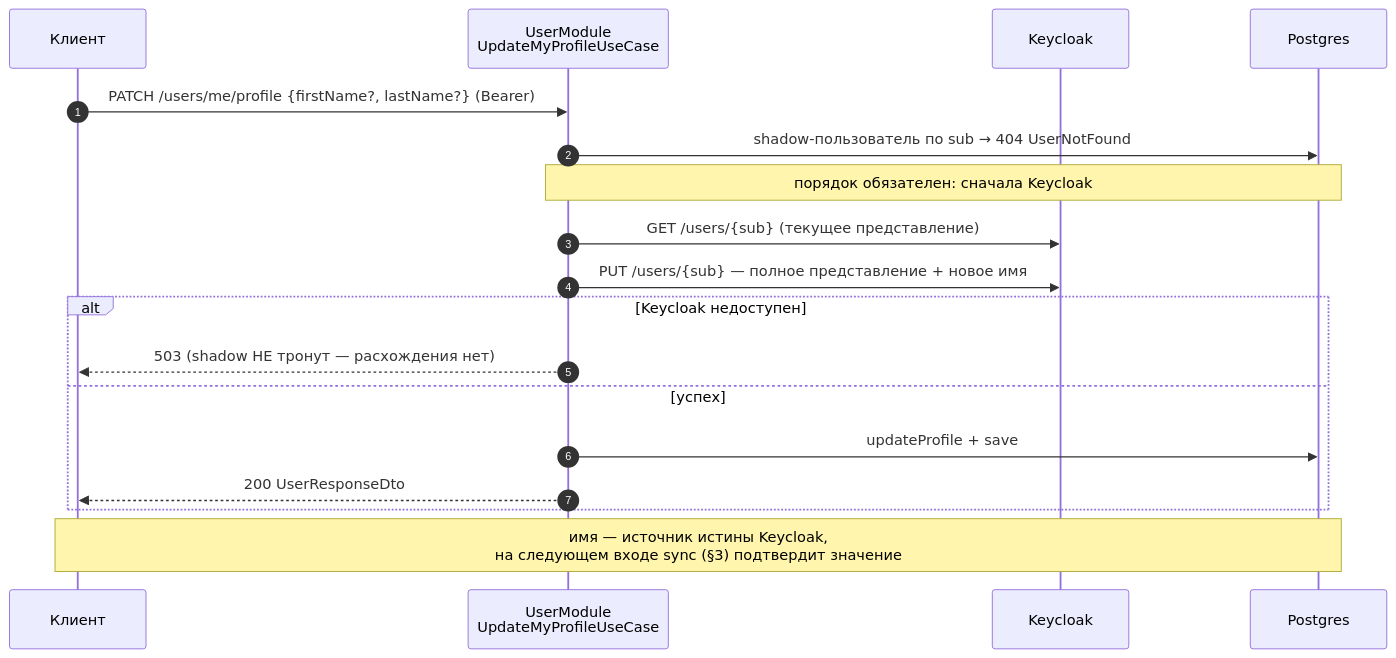
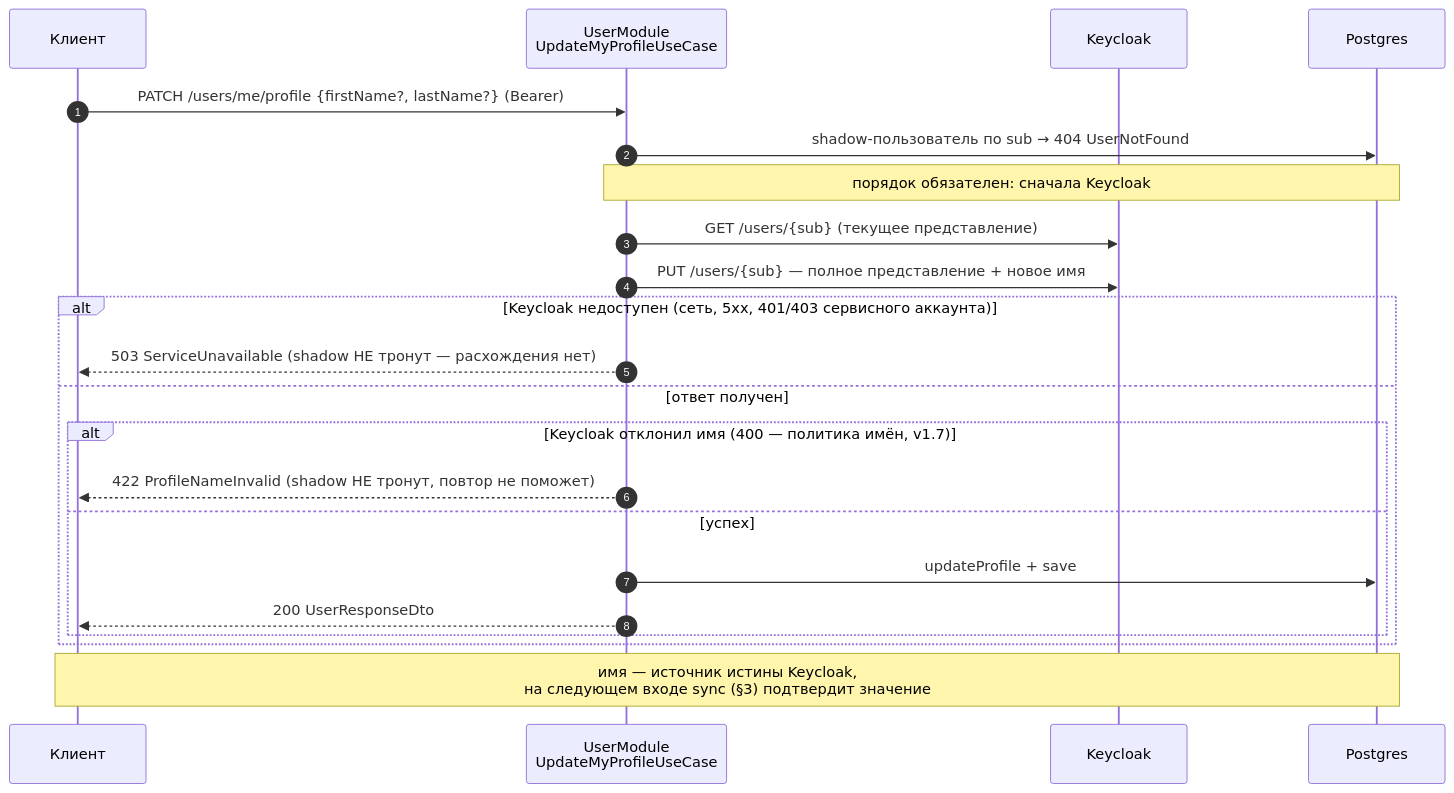
One commit to ivatutin/njs-server changed diagram 11 of 12 in docs/AUTH-FLOWS.md. Above: the diagram before and after it, drawn with Mermaid. The commit also changed other lines of this file, not shown here.

First line of the commit message:
docs(auth-flows): sync profile flow with contract v1.7 (422 ProfileNameInvalid)

````diff
--- a/docs/AUTH-FLOWS.md
+++ b/docs/AUTH-FLOWS.md
@@ -398,21 +398,25 @@
 ```mermaid
 sequenceDiagram
     autonumber
     participant FE as Клиент
     participant API as UserModule<br/>UpdateMyProfileUseCase
     participant KC as Keycloak
     participant PG as Postgres
 
     FE->>API: PATCH /users/me/profile {firstName?, lastName?} (Bearer)
     API->>PG: shadow-пользователь по sub → 404 UserNotFound
     Note over API,PG: порядок обязателен: сначала Keycloak
     API->>KC: GET /users/{sub} (текущее представление)
     API->>KC: PUT /users/{sub} — полное представление + новое имя
-    alt Keycloak недоступен
-        API-->>FE: 503 (shadow НЕ тронут — расхождения нет)
-    else успех
-        API->>PG: updateProfile + save
-        API-->>FE: 200 UserResponseDto
+    alt Keycloak недоступен (сеть, 5xx, 401/403 сервисного аккаунта)
+        API-->>FE: 503 ServiceUnavailable (shadow НЕ тронут — расхождения нет)
+    else ответ получен
+        alt Keycloak отклонил имя (400 — политика имён, v1.7)
+            API-->>FE: 422 ProfileNameInvalid (shadow НЕ тронут, повтор не поможет)
+        else успех
+            API->>PG: updateProfile + save
+            API-->>FE: 200 UserResponseDto
+        end
     end
     Note over FE,PG: имя — источник истины Keycloak,<br/>на следующем входе sync (§3) подтвердит значение
 ```
````
